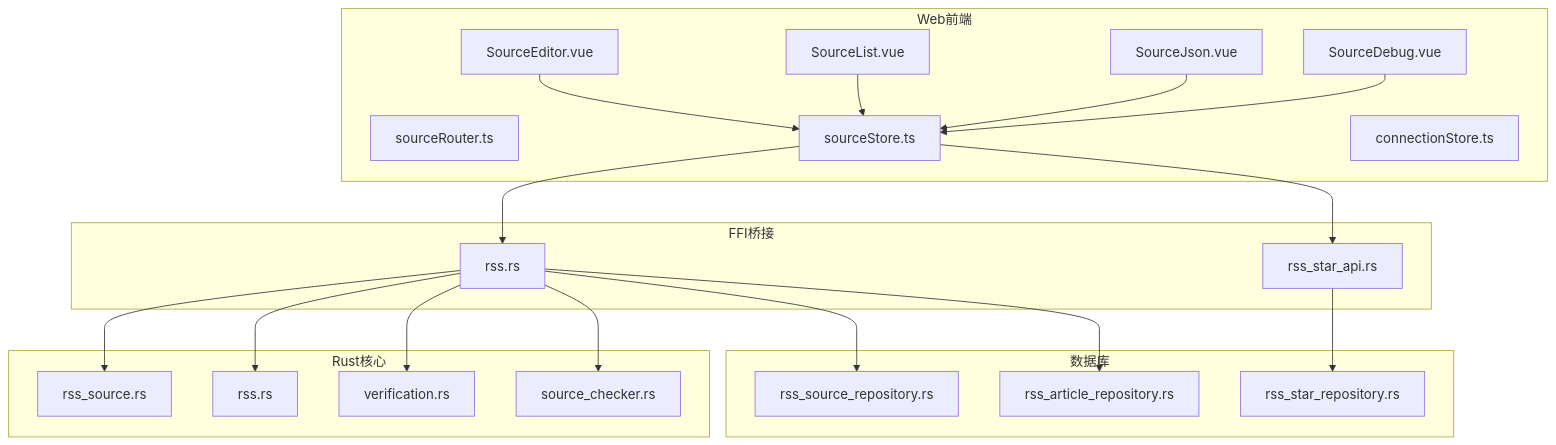
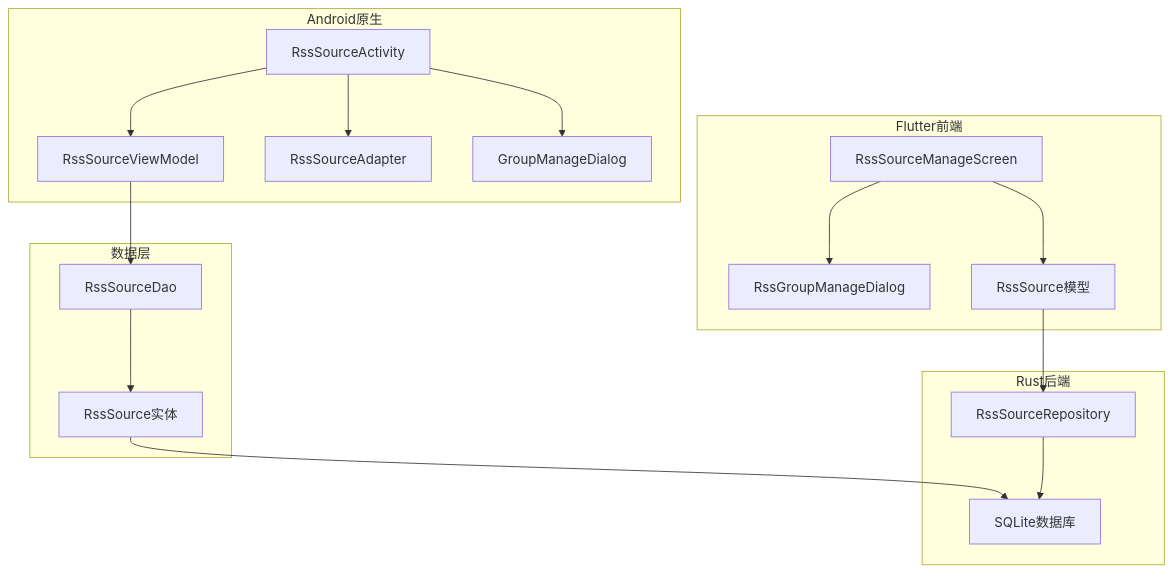
One commit to ZhangGHGitHub/LegadoTeamFlutter changed the first of 8 diagrams in .qoder/repowiki/zh/content/RSS订阅系统/RSS源管理.md. Above: the diagram before and after it, drawn with Mermaid. The commit also changed other lines of this file and 173 other files, not shown here.

````diff
--- a/.qoder/repowiki/zh/content/RSS订阅系统/RSS源管理.md
+++ b/.qoder/repowiki/zh/content/RSS订阅系统/RSS源管理.md
@@ -54,40 +53,32 @@
 ```mermaid
 graph TB
-subgraph "Web前端"
-SE["SourceEditor.vue"]
-SL["SourceList.vue"]
-SJ["SourceJson.vue"]
-SD["SourceDebug.vue"]
-SR["sourceRouter.ts"]
-SS["sourceStore.ts"]
-CS["connectionStore.ts"]
+subgraph "Flutter前端"
+RMS["RssSourceManageScreen"]
+RGMD["RssGroupManageDialog"]
+RS["RssSource模型"]
 end
-subgraph "FFI桥接"
-FFI_RSS["rss.rs"]
-FFI_STAR["rss_star_api.rs"]
+subgraph "Android原生"
+RSA["RssSourceActivity"]
+RSVM["RssSourceViewModel"]
+RSAA["RssSourceAdapter"]
+GMD["GroupManageDialog"]
 end
-subgraph "Rust核心"
-CORE_MODEL["rss_source.rs"]
-CORE_NET["rss.rs"]
-CORE_VERIFY["verification.rs"]
-CORE_CHECKER["source_checker.rs"]
+subgraph "Rust后端"
+RSR["RssSourceRepository"]
+DB["SQLite数据库"]
 end
-subgraph "数据库"
-DB_REPO_SRC["rss_source_repository.rs"]
-DB_REPO_ART["rss_article_repository.rs"]
-DB_REPO_STAR["rss_star_repository.rs"]
+subgraph "数据层"
+RSD["RssSourceDao"]
+RSE["RssSource实体"]
 end
-SE --> SS
-SL --> SS
-SJ --> SS
-SD --> SS
-SS --> FFI_RSS
-SS --> FFI_STAR
-FFI_RSS --> CORE_MODEL
-FFI_RSS --> CORE_NET
-FFI_RSS --> CORE_VERIFY
-FFI_RSS --> CORE_CHECKER
-FFI_RSS --> DB_REPO_SRC
-FFI_RSS --> DB_REPO_ART
-FFI_STAR --> DB_REPO_STAR
+RMS --> RS
+RMS --> RGMD
+RSA --> RSVM
+RSA --> RSAA
+RSA --> GMD
+RSVM --> RSD
+RSD --> RSE
+RSE --> DB
+RS --> RSR
+RSR --> DB
 ```
````
